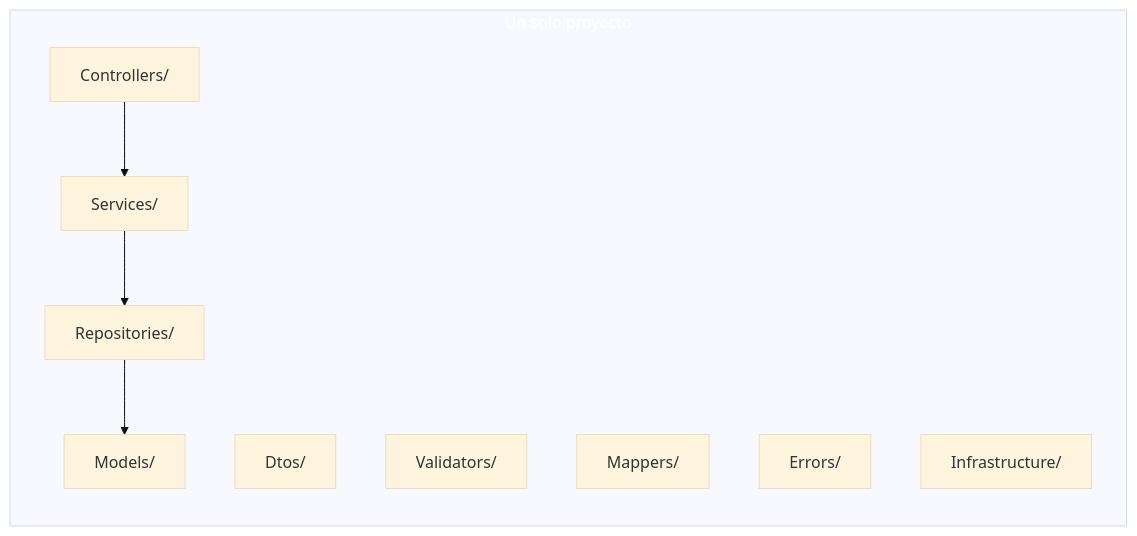
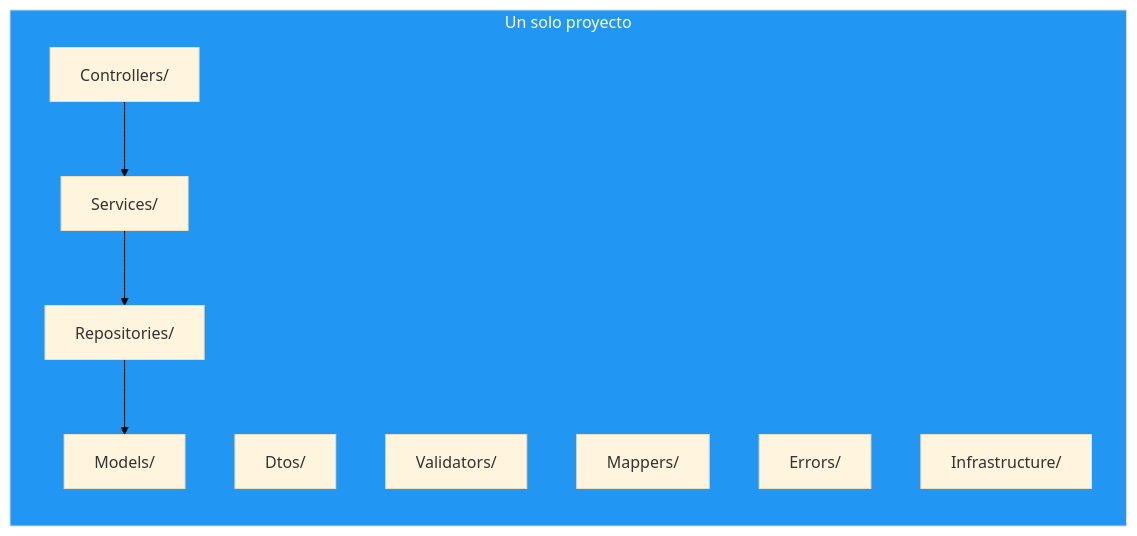
One commit to joseluisgs/DesarrolloWebEntornosServidor-02-2026-2027 changed the sixth of 8 diagrams in 11-clean-architecture.md. Above: the diagram before and after it, drawn with Mermaid (base theme). The commit also changed other lines of this file and 29 other files, not shown here.

Commit message:
docs: corregir estilos Mermaid y estilo, quitar referencias a la Tienda y reestructurar los retos 13 y 15

````diff
--- a/11-clean-architecture.md
+++ b/11-clean-architecture.md
@@ -471,21 +471,21 @@
 ```mermaid
 flowchart TB
     subgraph PROYECTO["Un solo proyecto"]
         direction TB
         CTRL["Controllers/"]
         SVC["Services/"]
         REPO["Repositories/"]
         MDL["Models/"]
         DTO["Dtos/"]
         VAL["Validators/"]
         MAP["Mappers/"]
         ERR["Errors/"]
         INF["Infrastructure/"]
     end
 
     CTRL --> SVC
     SVC --> REPO
     REPO --> MDL
 
-    style PROYECTO fill:#2196F,color:#fff3,color:#fff
+    style PROYECTO fill:#2196F3,color:#fff
 ```
````
